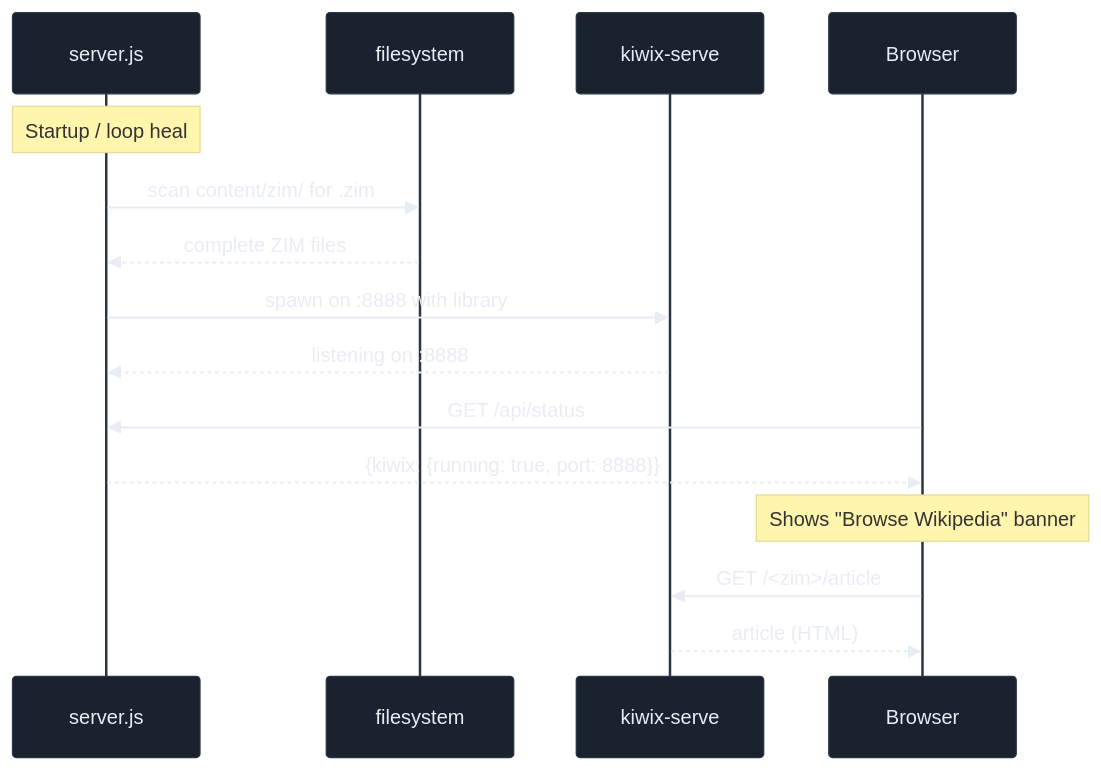
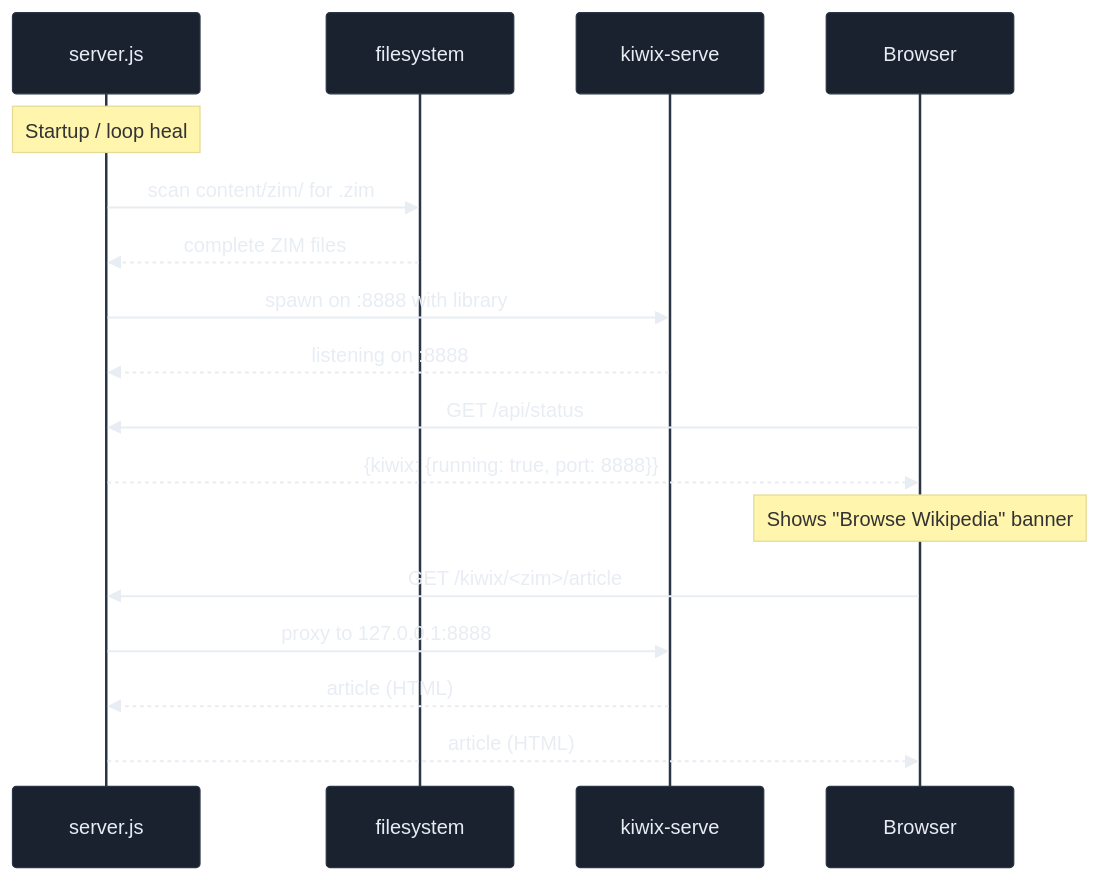
One commit to mvalancy/val-ark changed the sixth of 6 diagrams in docs/ARCHITECTURE.md. Above: the diagram before and after it, drawn with Mermaid. The commit also changed other lines of this file and 12 other files, not shown here.

````diff
--- a/docs/ARCHITECTURE.md
+++ b/docs/ARCHITECTURE.md
@@ -285,28 +298,30 @@
 ```mermaid
 %%{init: {'theme': 'base', 'themeVariables': {
   'primaryColor': '#1a2230',
   'primaryBorderColor': '#2a3545',
   'primaryTextColor': '#e8edf4',
   'lineColor': '#4da6ff',
   'secondaryColor': '#131921',
   'tertiaryColor': '#0a0e14'
 }}}%%
 sequenceDiagram
     participant server.js
     participant filesystem
     participant kiwix-serve
     participant Browser
 
     Note over server.js: Startup / loop heal
     server.js->>filesystem: scan content/zim/ for .zim
     filesystem-->>server.js: complete ZIM files
     server.js->>kiwix-serve: spawn on :8888 with library
     kiwix-serve-->>server.js: listening on :8888
 
     Browser->>server.js: GET /api/status
     server.js-->>Browser: {kiwix: {running: true, port: 8888}}
     Note over Browser: Shows "Browse Wikipedia" banner
 
-    Browser->>kiwix-serve: GET /<zim>/article
-    kiwix-serve-->>Browser: article (HTML)
+    Browser->>server.js: GET /kiwix/<zim>/article
+    server.js->>kiwix-serve: proxy to 127.0.0.1:8888
+    kiwix-serve-->>server.js: article (HTML)
+    server.js-->>Browser: article (HTML)
 ```
````
